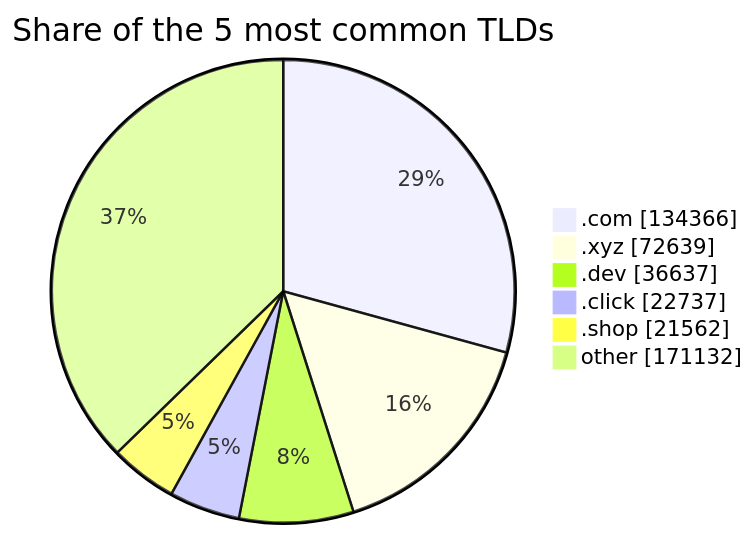
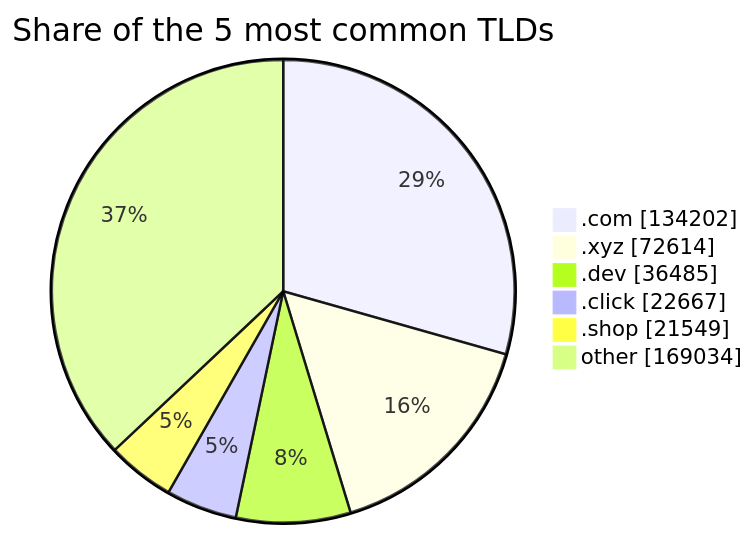
The third of 3 diagrams in README.md (DNSBunker/CTI), drawn with Mermaid before and after one commit. The commit also changed other lines of this file and 3 other files, not shown here.

````diff
--- a/README.md
+++ b/README.md
@@ -81,9 +81,9 @@
 ```mermaid
 pie showData title Share of the 5 most common TLDs
-    ".com" : 134366
-    ".xyz" : 72639
-    ".dev" : 36637
-    ".click" : 22737
-    ".shop" : 21562
-    "other" : 171132
+    ".com" : 134202
+    ".xyz" : 72614
+    ".dev" : 36485
+    ".click" : 22667
+    ".shop" : 21549
+    "other" : 169034
 ```
````
